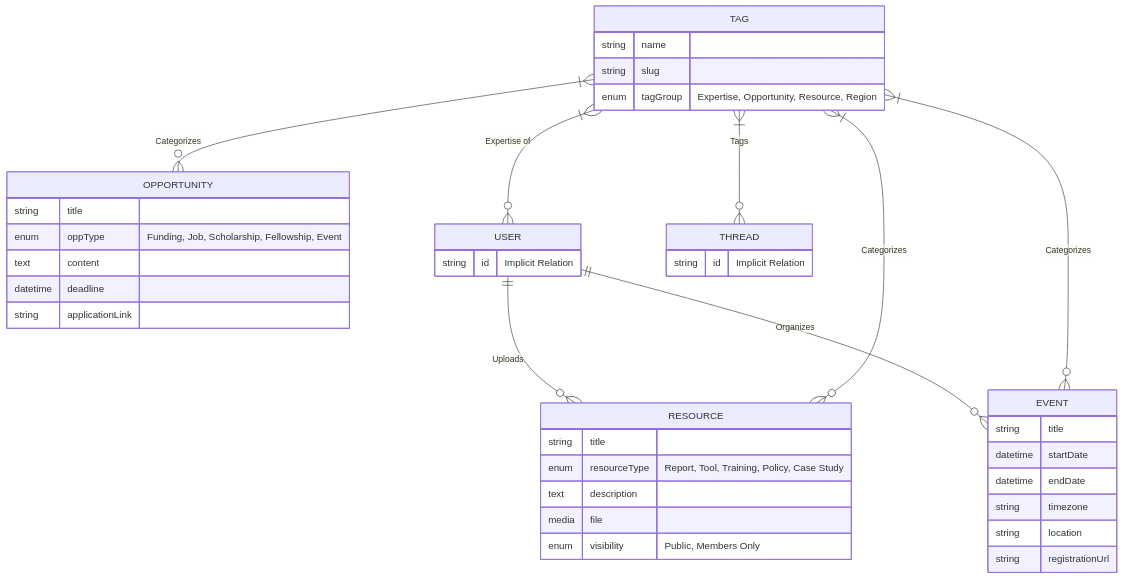
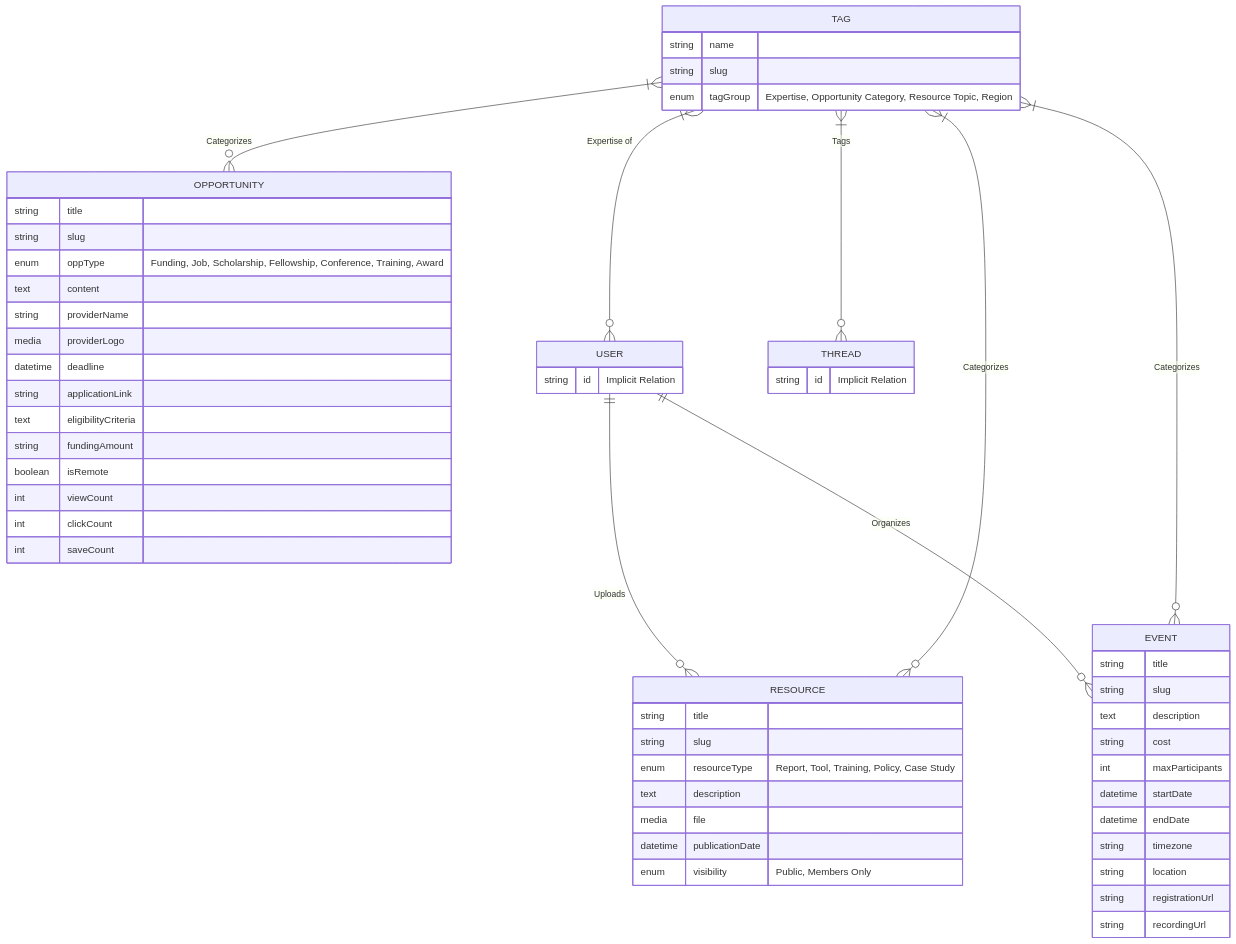
Before and after one commit to akvo/science-for-africa: the fourth of 4 diagrams in agent_docs/architecture.md, drawn with Mermaid. The commit also changed other lines of this file, not shown here.

Commit message:
[#2] docs: ensure strictly 100% alignment of ERD with all properties from Figma and Google Docs

````diff
--- a/agent_docs/architecture.md
+++ b/agent_docs/architecture.md
@@ -241,52 +285,68 @@
 ```mermaid
 erDiagram
     TAG {
         string name
         string slug
-        enum tagGroup "Expertise, Opportunity, Resource, Region"
+        enum tagGroup "Expertise, Opportunity Category, Resource Topic, Region"
     }
 
     RESOURCE {
         string title
+        string slug
         enum resourceType "Report, Tool, Training, Policy, Case Study"
         text description
         media file
+        datetime publicationDate
         enum visibility "Public, Members Only"
     }
 
     OPPORTUNITY {
         string title
-        enum oppType "Funding, Job, Scholarship, Fellowship, Event"
+        string slug
+        enum oppType "Funding, Job, Scholarship, Fellowship, Conference, Training, Award"
         text content
+        string providerName
+        media providerLogo
         datetime deadline
         string applicationLink
+        text eligibilityCriteria
+        string fundingAmount
+        boolean isRemote
+        int viewCount
+        int clickCount
+        int saveCount
     }
 
     EVENT {
         string title
+        string slug
+        text description
+        string cost
+        int maxParticipants
         datetime startDate
         datetime endDate
         string timezone
         string location
         string registrationUrl
+        string recordingUrl
     }
 
     %% Core Entity References
     USER {
         string id "Implicit Relation"
     }
 
     THREAD {
         string id "Implicit Relation"
     }
 
     %% Relationships
     USER ||--o{ RESOURCE : "Uploads"
     USER ||--o{ EVENT : "Organizes"
 
     TAG }|--o{ USER : "Expertise of"
     TAG }|--o{ OPPORTUNITY : "Categorizes"
     TAG }|--o{ RESOURCE : "Categorizes"
     TAG }|--o{ EVENT : "Categorizes"
     TAG }|--o{ THREAD : "Tags"
 ```
````
